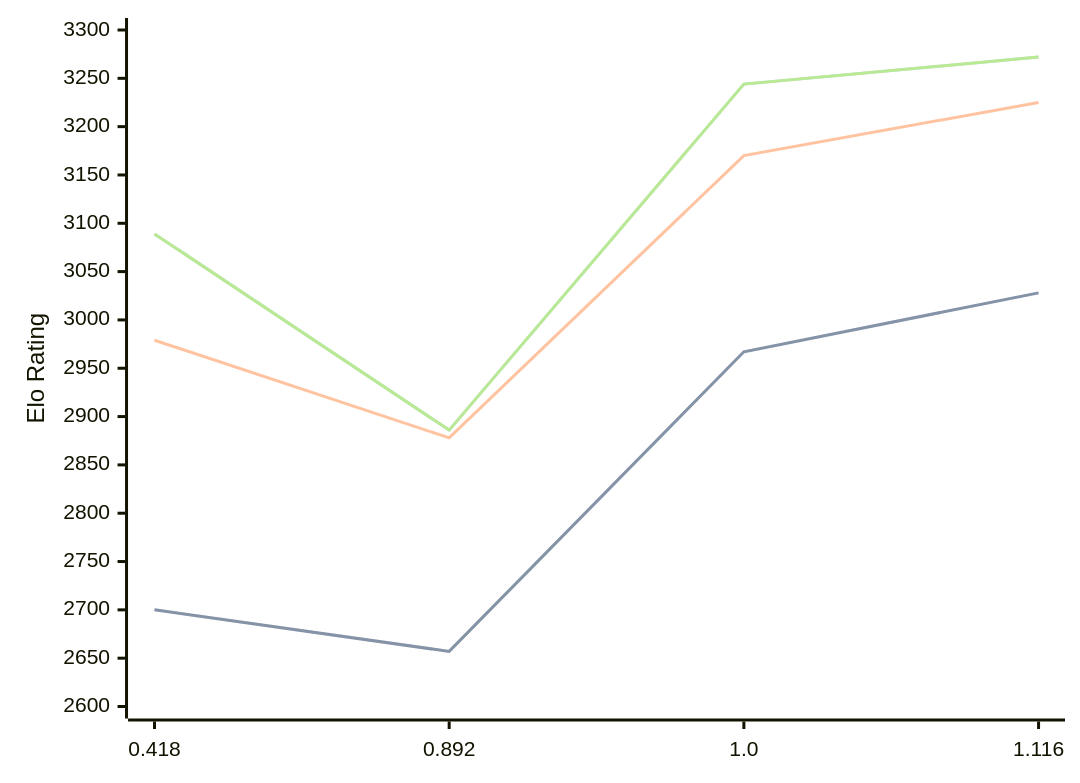
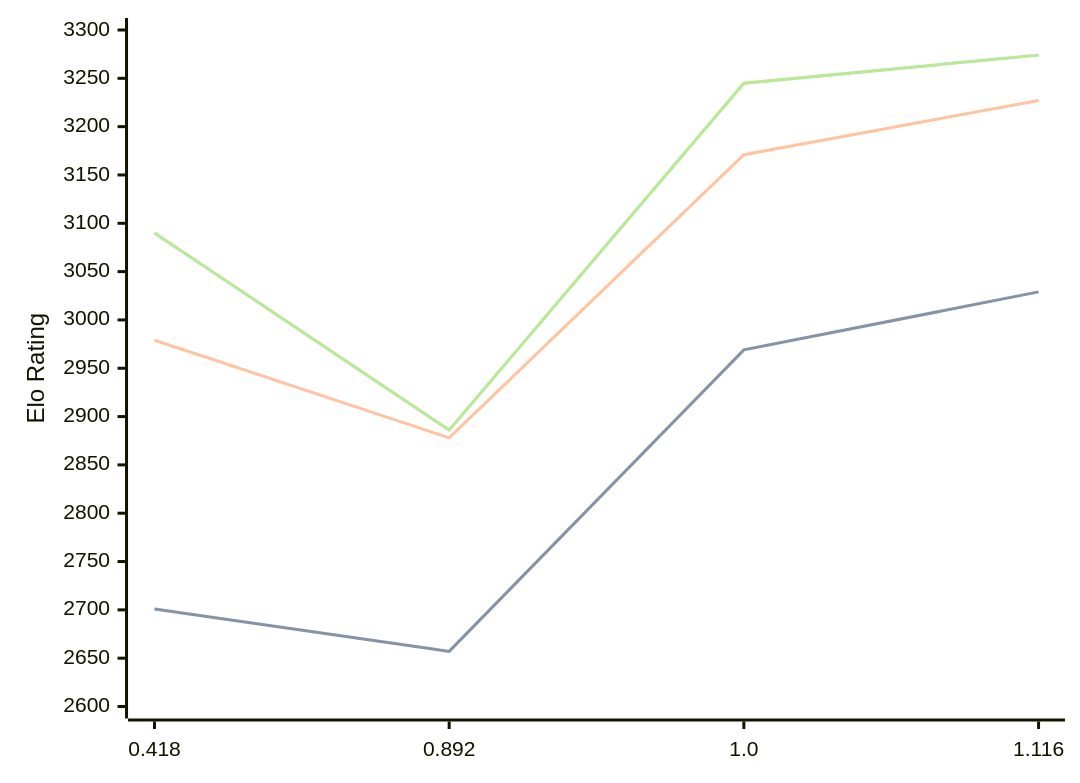
Before and after one commit to computer-chess-index/cci: the third of 3 diagrams in engines/Malika.md, drawn with Mermaid. The commit also changed other lines of this file, not shown here.

Commit message:
Update CCI Ratings (ELO VLTC) - 2026-07-02

````diff
--- a/engines/Malika.md
+++ b/engines/Malika.md
@@ -67,11 +67,11 @@
 ```mermaid
 %%{init: {"theme":"base","themeVariables":{"seriesColors:['#a3a3a3','#222221','#faa371']}}}%%
 xychart-beta
   x-axis ["0.418", "0.892", "1.0", "1.116"]
   y-axis "Elo Rating" 2600 --> 3300
-  line "STC (8.0+0.08s)" [2700, 2657, 2967, 3028]
-  line "STC (8.0+0.08s)" [2700, 2657, 2967, 3028]
-  line "LTC (60.0+0.60s)" [2979, 2878, 3170, 3225]
-  line "VLTC (2m24s+1.12s)" [3089, 2886, 3244, 3272]
-  line "VLTC (2m24s+1.12s)" [3089, 2886, 3244, 3272]
+  line "STC (8.0+0.08s)" [2701, 2657, 2969, 3029]
+  line "STC (8.0+0.08s)" [2701, 2657, 2969, 3029]
+  line "LTC (60.0+0.60s)" [2979, 2878, 3171, 3227]
+  line "VLTC (2m24s+1.12s)" [3090, 2886, 3245, 3274]
+  line "VLTC (2m24s+1.12s)" [3090, 2886, 3245, 3274]
 ```
````
